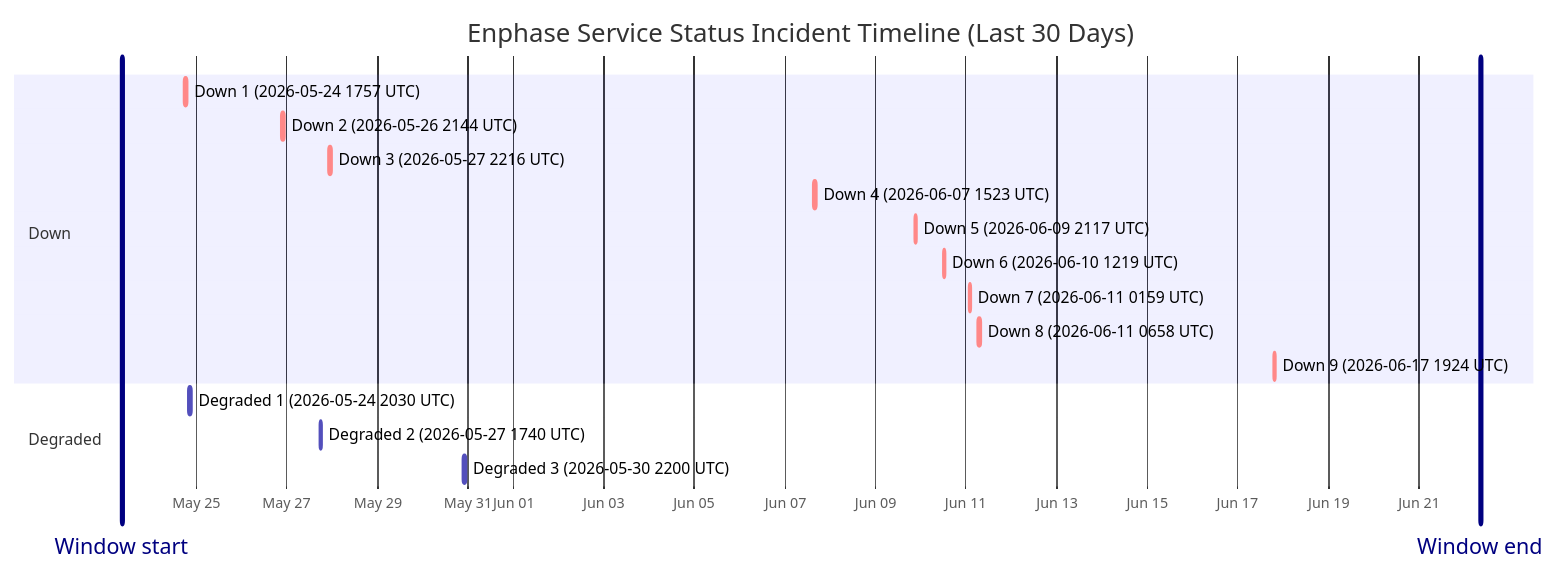
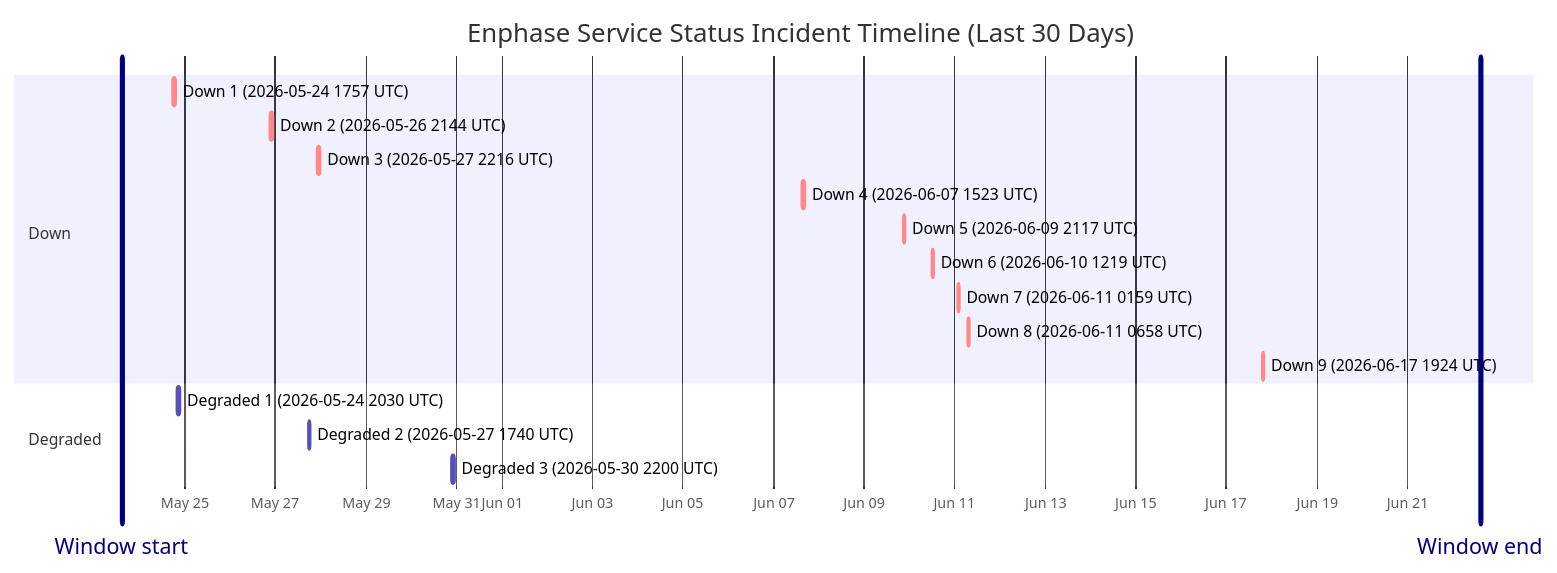
One commit to barneyonline/ha-enphase-energy changed the diagram in wiki/Service-Status-History.md. Above: the diagram before and after it, drawn with Mermaid. The commit also changed other lines of this file and 3 other files, not shown here.

````diff
--- a/wiki/Service-Status-History.md
+++ b/wiki/Service-Status-History.md
@@ -14,22 +14,22 @@
 ```mermaid
 gantt
     title Enphase Service Status Incident Timeline (Last 30 Days)
     dateFormat  YYYY-MM-DDTHH:mm:ss
     axisFormat  %b %d
-    Window start :vert, window-start, 2026-05-23T08:37:26, 0ms
-    Window end :vert, window-end, 2026-06-22T08:37:26, 0ms
+    Window start :vert, window-start, 2026-05-23T14:38:19, 0ms
+    Window end :vert, window-end, 2026-06-22T14:38:19, 0ms
     section Down
     Down 1 (2026-05-24 1757 UTC) :crit, down-1, 2026-05-24T17:57:41, 86m
     Down 2 (2026-05-26 2144 UTC) :crit, down-2, 2026-05-26T21:44:11, 85m
     Down 3 (2026-05-27 2216 UTC) :crit, down-3, 2026-05-27T22:16:53, 87m
     Down 4 (2026-06-07 1523 UTC) :crit, down-4, 2026-06-07T15:23:22, 87m
     Down 5 (2026-06-09 2117 UTC) :crit, down-5, 2026-06-09T21:17:17, 60m
     Down 6 (2026-06-10 1219 UTC) :crit, down-6, 2026-06-10T12:19:21, 60m
     Down 7 (2026-06-11 0159 UTC) :crit, down-7, 2026-06-11T01:59:36, 60m
     Down 8 (2026-06-11 0658 UTC) :crit, down-8, 2026-06-11T06:58:45, 60m
     Down 9 (2026-06-17 1924 UTC) :crit, down-9, 2026-06-17T19:24:51, 60m
     section Degraded
     Degraded 1 (2026-05-24 2030 UTC) :active, degraded-1, 2026-05-24T20:30:57, 84m
     Degraded 2 (2026-05-27 1740 UTC) :active, degraded-2, 2026-05-27T17:40:52, 60m
     Degraded 3 (2026-05-30 2200 UTC) :active, degraded-3, 2026-05-30T22:00:37, 60m
 ```
````
